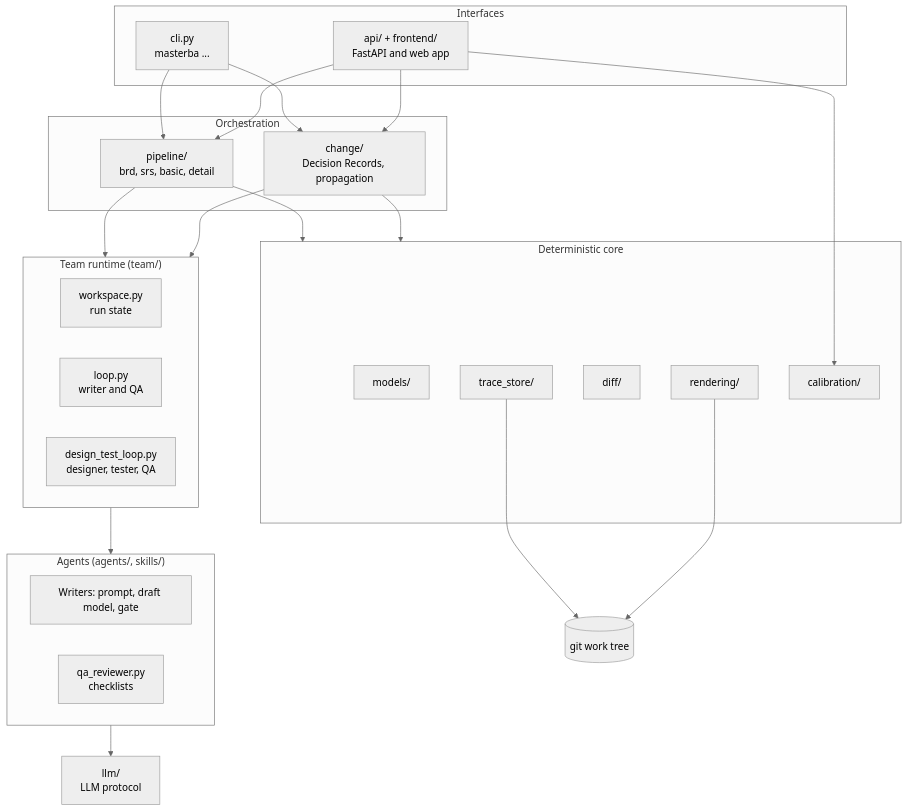
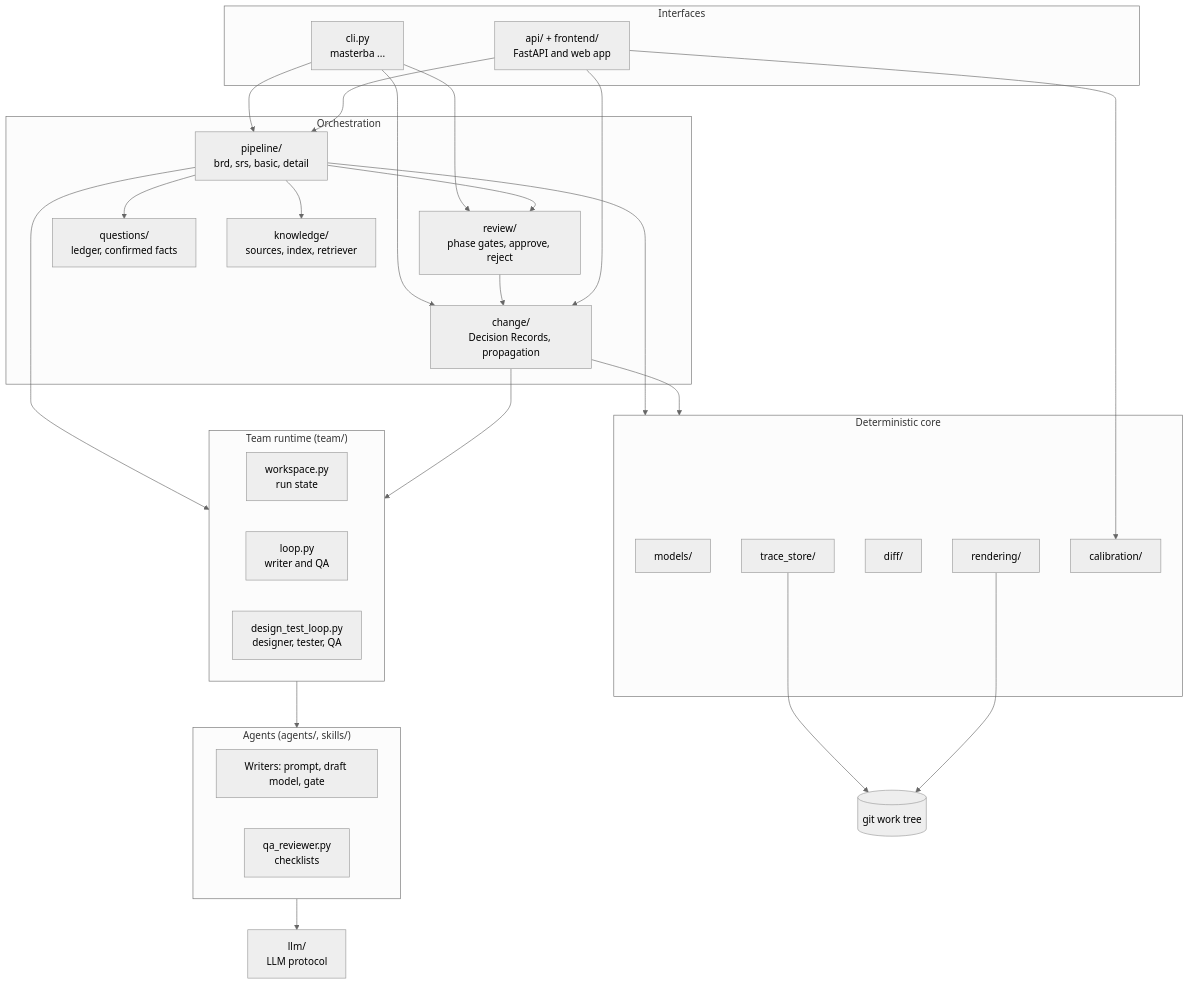
The second of 2 diagrams in docs/architecture/01-system-overview.md (thanhpt-25/master-ba), drawn with Mermaid (neutral theme) before and after one commit. The commit also changed other lines of this file and 8 other files, not shown here.

````diff
--- a/docs/architecture/01-system-overview.md
+++ b/docs/architecture/01-system-overview.md
@@ -42,43 +50,51 @@
 ```mermaid
 flowchart TB
     subgraph Interfaces
         CLI["cli.py<br/>masterba ..."]
         WEB["api/ + frontend/<br/>FastAPI and web app"]
     end
     subgraph Orchestration
         PIPE["pipeline/<br/>brd, srs, basic, detail"]
         CHG["change/<br/>Decision Records, propagation"]
+        REV["review/<br/>phase gates, approve, reject"]
+        QST["questions/<br/>ledger, confirmed facts"]
+        KB["knowledge/<br/>sources, index, retriever"]
     end
     subgraph Team["Team runtime (team/)"]
         WS["workspace.py<br/>run state"]
         L1["loop.py<br/>writer and QA"]
         L2["design_test_loop.py<br/>designer, tester, QA"]
     end
     subgraph Agents["Agents (agents/, skills/)"]
         W["Writers: prompt, draft model, gate"]
         QA["qa_reviewer.py<br/>checklists"]
     end
     LLM["llm/<br/>LLM protocol"]
     subgraph Core["Deterministic core"]
         MOD["models/"]
         TS["trace_store/"]
         DIFF["diff/"]
         REN["rendering/"]
         CAL["calibration/"]
     end
     GIT[("git work tree")]
 
     CLI --> PIPE
     CLI --> CHG
+    CLI --> REV
+    PIPE --> REV
+    PIPE --> QST
+    PIPE --> KB
+    REV --> CHG
     WEB --> PIPE
     WEB --> CHG
     PIPE --> Team
     CHG --> Team
     Team --> Agents
     Agents --> LLM
     PIPE --> Core
     CHG --> Core
     WEB --> CAL
     TS --> GIT
     REN --> GIT
 ```
````
